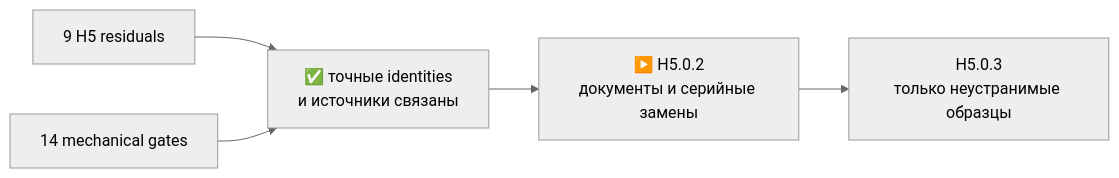
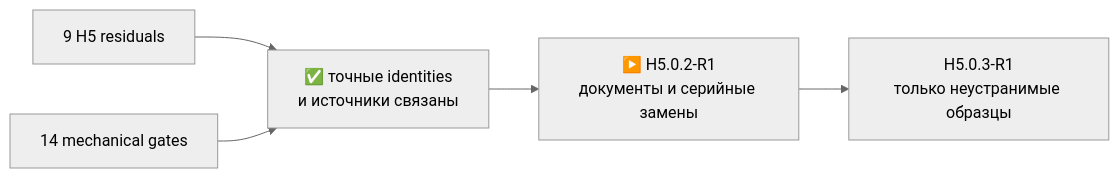
One commit to anton-vinogradov/esp32-leshy2 changed the diagram in docs/component-evidence-map.ru.md. Above: the diagram before and after it, drawn with Mermaid (neutral theme). The commit also changed other lines of this file and 50 other files, not shown here.

````diff
--- a/docs/component-evidence-map.ru.md
+++ b/docs/component-evidence-map.ru.md
@@ -7,7 +7,7 @@
 ```mermaid
 flowchart LR
   R["9 H5 residuals"] --> M["✅ точные identities<br/>и источники связаны"]
   G["14 mechanical gates"] --> M
-  M --> S["▶️ H5.0.2<br/>документы и серийные замены"]
-  S --> P["H5.0.3<br/>только неустранимые образцы"]
+  M --> S["▶️ H5.0.2-R1<br/>документы и серийные замены"]
+  S --> P["H5.0.3-R1<br/>только неустранимые образцы"]
 ```
````
